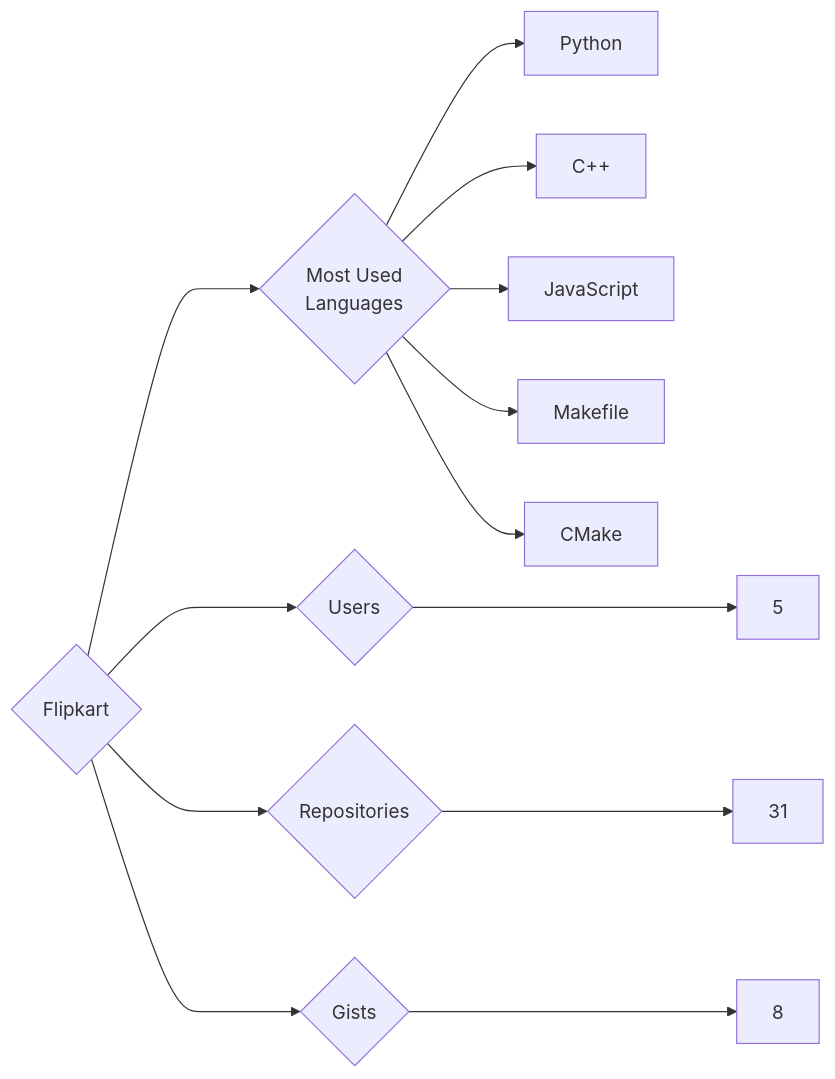
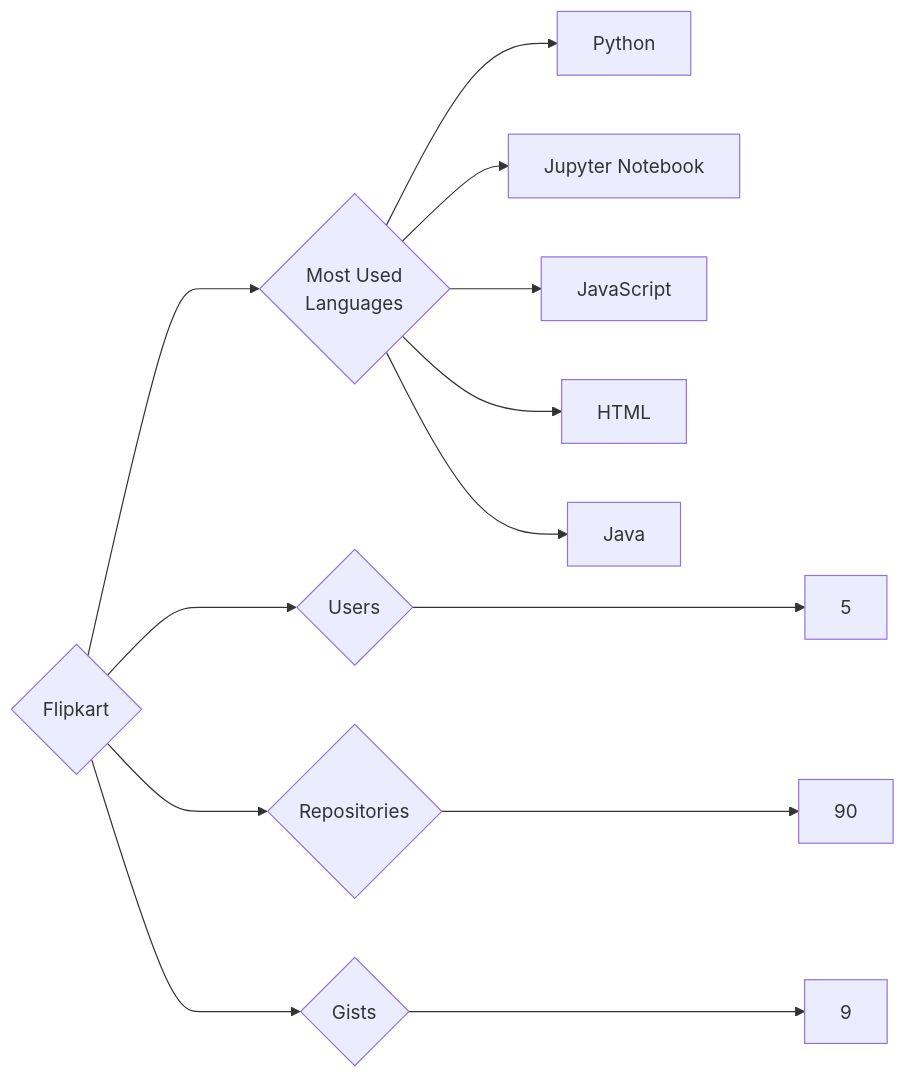
Before and after one commit to trickest/insiders: the diagram in targets/Flipkart/README.md, drawn with Mermaid. The commit also changed 1149 other files, not shown here.

````diff
--- a/targets/Flipkart/README.md
+++ b/targets/Flipkart/README.md
@@ -3,13 +3,13 @@
 ```mermaid
 graph LR
 COMPANY_NAME{Flipkart}
 COMPANY_NAME ---> U{Users} ---> UN[5]
-COMPANY_NAME ---> R{Repositories} ---> RN[31]
-COMPANY_NAME ---> G{Gists} ---> GN[8]
+COMPANY_NAME ---> R{Repositories} ---> RN[90]
+COMPANY_NAME ---> G{Gists} ---> GN[9]
 COMPANY_NAME ---> ML{Most Used<br>Languages}
 ML --> Python[Python]
-ML --> C++[C++]
+ML --> Jupyter_Notebook[Jupyter Notebook]
 ML --> JavaScript[JavaScript]
-ML --> Makefile[Makefile]
-ML --> CMake[CMake]
+ML --> HTML[HTML]
+ML --> Java[Java]
 ```
````
